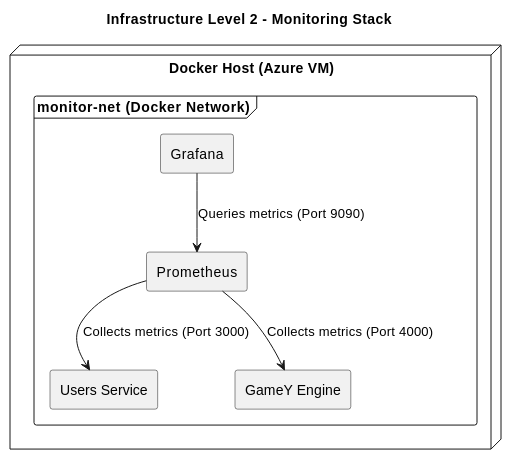
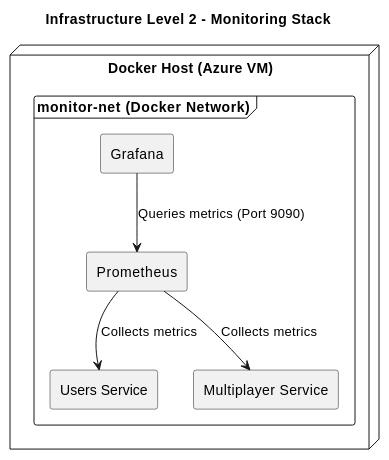
One commit to Arquisoft/yovi_es1a changed the fifth of 6 diagrams in docs/src/07_deployment_view.adoc. Above: the diagram before and after it, drawn with PlantUML. The commit also changed other lines of this file and 4 other files, not shown here.

```diff
--- a/docs/src/07_deployment_view.adoc
+++ b/docs/src/07_deployment_view.adoc
@@ -277,22 +217,22 @@
 [plantuml]
 ----
 @startuml
 title Infrastructure Level 2 - Monitoring Stack
 
 skinparam shadowing false
 skinparam componentStyle rectangle
 
 node "Docker Host (Azure VM)" as host {
   frame "monitor-net (Docker Network)" as net {
     [Users Service] as users
-    [GameY Engine] as gamey
+    [Multiplayer Service] as multi
     [Prometheus] as prom
     [Grafana] as graf
   }
 }
 
-prom --> users : Collects metrics (Port 3000)
-prom --> gamey : Collects metrics (Port 4000)
+prom --> users : Collects metrics
+prom --> multi : Collects metrics
 graf --> prom : Queries metrics (Port 9090)
 @enduml
 ----
```
